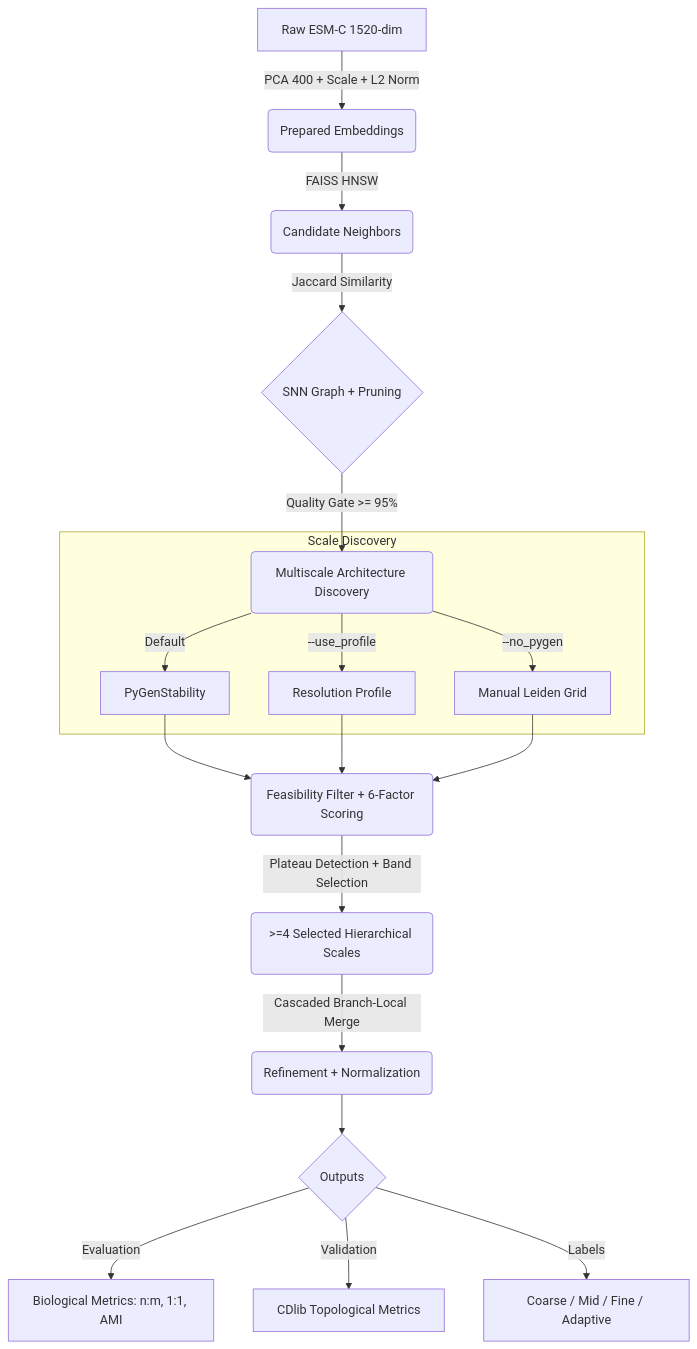
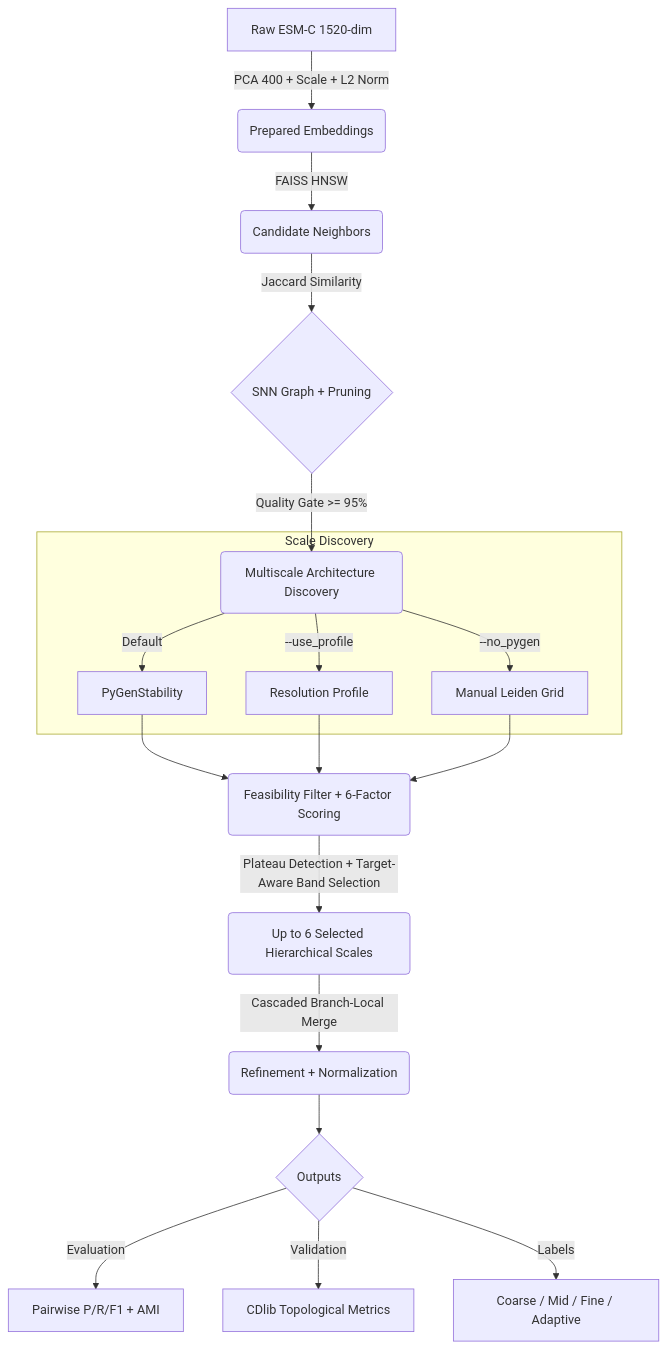
One commit to imsuraj675/EvoCluster changed the diagram in README.md. Above: the diagram before and after it, drawn with Mermaid. The commit also changed other lines of this file and 19 other files, not shown here.

````diff
--- a/README.md
+++ b/README.md
@@ -74,25 +74,25 @@
 ```mermaid
 graph TD
     A[Raw ESM-C 1520-dim] -->|PCA 400 + Scale + L2 Norm| B(Prepared Embeddings)
     B -->|FAISS HNSW| C(Candidate Neighbors)
     C -->|Jaccard Similarity| D{SNN Graph + Pruning}
     D -->|Quality Gate >= 95%| E(Multiscale Architecture Discovery)
     
     subgraph Scale Discovery
         E -->|Default| F1[PyGenStability]
         E -->|--use_profile| F2[Resolution Profile]
         E -->|--no_pygen| F3[Manual Leiden Grid]
     end
     
     F1 --> G(Feasibility Filter + 6-Factor Scoring)
     F2 --> G
     F3 --> G
     
-    G -->|Plateau Detection + Band Selection| H(>=4 Selected Hierarchical Scales)
+    G -->|Plateau Detection + Target-Aware Band Selection| H(Up to 6 Selected Hierarchical Scales)
     H -->|Cascaded Branch-Local Merge| I(Refinement + Normalization)
     I --> J{Outputs}
     
-    J -->|Evaluation| K1[Biological Metrics: n:m, 1:1, AMI]
+    J -->|Evaluation| K1[Pairwise P/R/F1 + AMI]
     J -->|Validation| K2[CDlib Topological Metrics]
     J -->|Labels| K3[Coarse / Mid / Fine / Adaptive]
 ```
````
